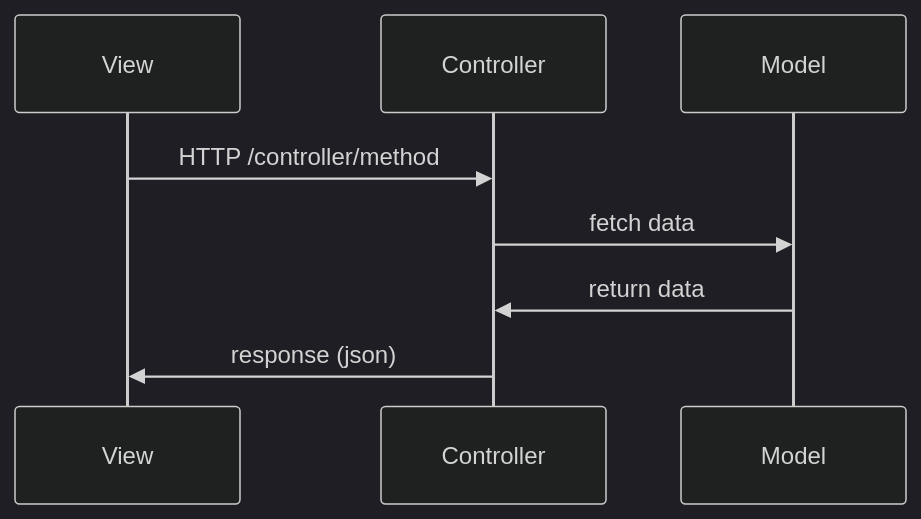
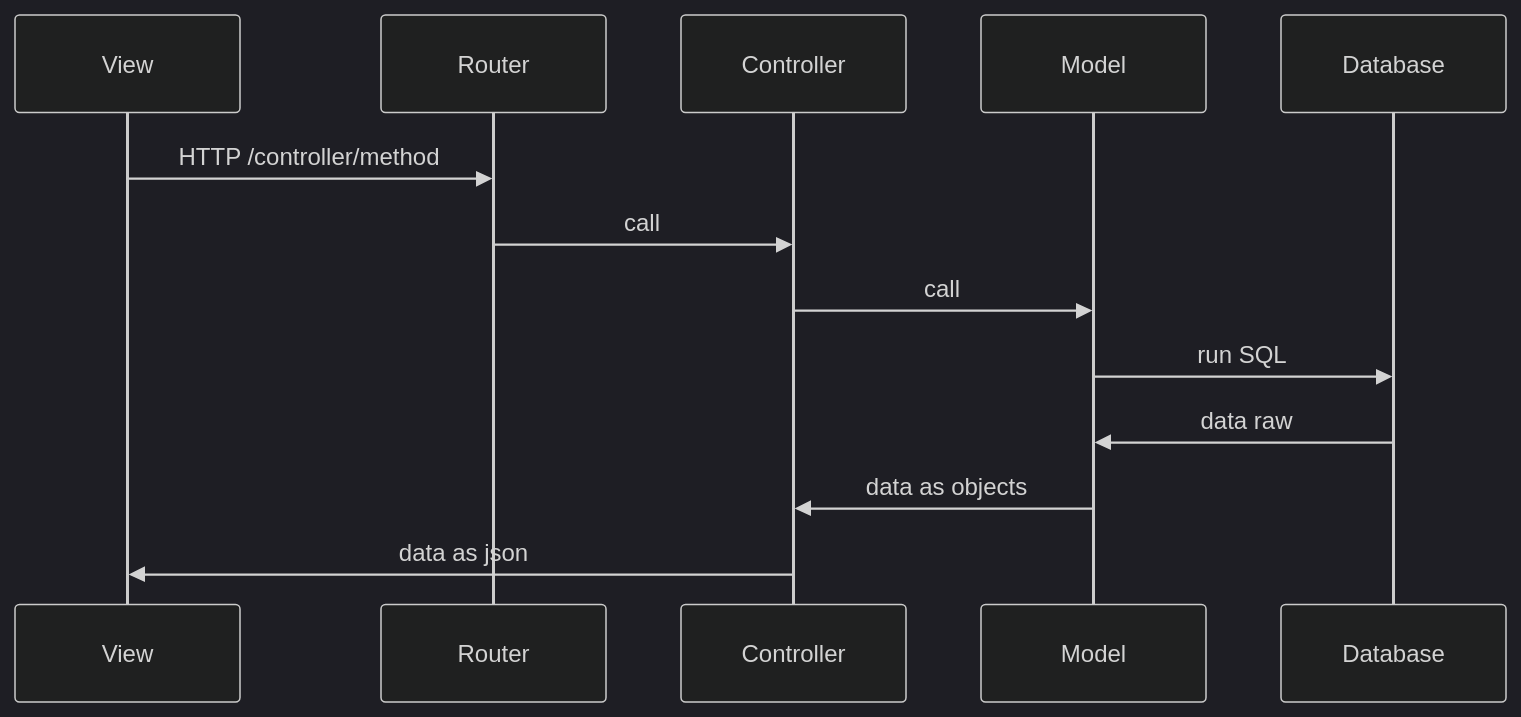
Before and after one commit to simon-jaeger/sae-php-frameworks: the diagram in _docs/mvc.md, drawn with Mermaid (dark theme). The commit also changed 18 other files, not shown here.

````diff
--- a/_docs/mvc.md
+++ b/_docs/mvc.md
@@ -3,10 +3,15 @@
 ```mermaid
 sequenceDiagram
     participant V as View
+    participant R as Router
     participant C as Controller
     participant M as Model
-    V ->> C: HTTP /controller/method
-    C ->> M: fetch data
-    M ->> C: return data
-    C ->> V: response (json)
+    participant D as Database
+    V ->> R: HTTP /controller/method
+    R ->> C: call
+    C ->> M: call
+    M ->> D: run SQL
+    D ->> M: data raw
+    M ->> C: data as objects
+    C ->> V: data as json
 ```
````
